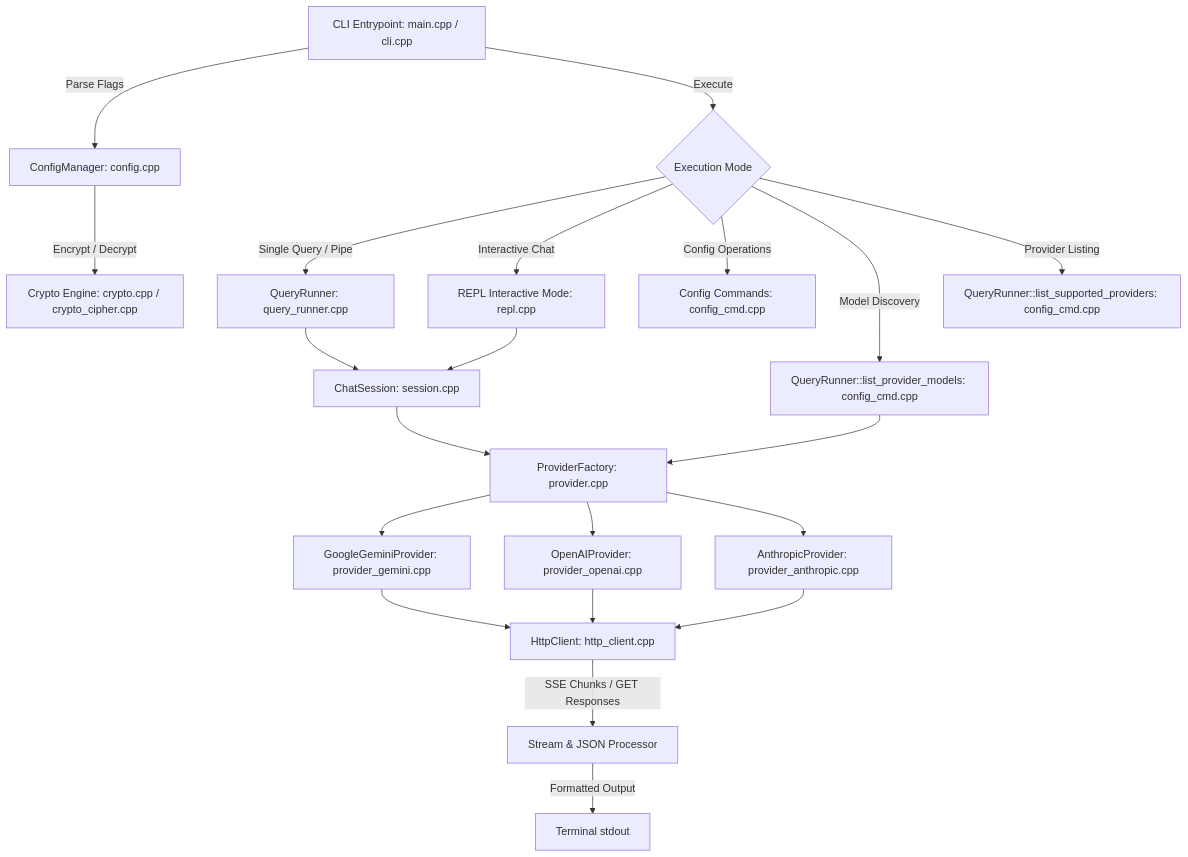
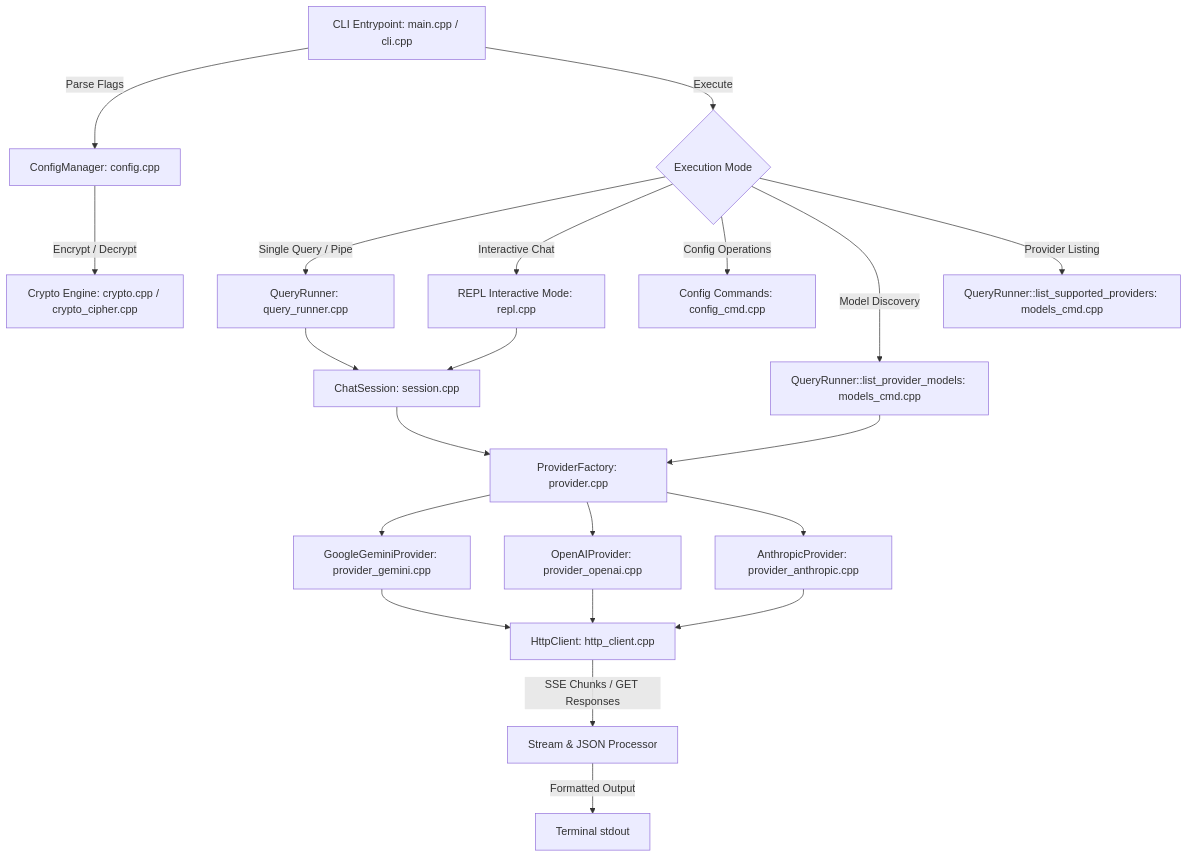
The diagram in architecture.md (Ashishsri2018/ai-cli), drawn with Mermaid before and after one commit. The commit also changed other lines of this file and 26 other files, not shown here.

````diff
--- a/architecture.md
+++ b/architecture.md
@@ -8,30 +8,30 @@
 ```mermaid
 graph TD
     CLI[CLI Entrypoint: main.cpp / cli.cpp] --> |Parse Flags| CFG[ConfigManager: config.cpp]
     CLI --> |Execute| ROUTE{Execution Mode}
     
     ROUTE --> |Single Query / Pipe| EXEC_SINGLE[QueryRunner: query_runner.cpp]
     ROUTE --> |Interactive Chat| EXEC_REPL[REPL Interactive Mode: repl.cpp]
     ROUTE --> |Config Operations| EXEC_CFG[Config Commands: config_cmd.cpp]
-    ROUTE --> |Model Discovery| EXEC_MODELS[QueryRunner::list_provider_models: config_cmd.cpp]
-    ROUTE --> |Provider Listing| EXEC_PROVS[QueryRunner::list_supported_providers: config_cmd.cpp]
+    ROUTE --> |Model Discovery| EXEC_MODELS[QueryRunner::list_provider_models: models_cmd.cpp]
+    ROUTE --> |Provider Listing| EXEC_PROVS[QueryRunner::list_supported_providers: models_cmd.cpp]
     
     CFG --> |Encrypt / Decrypt| CRYPTO[Crypto Engine: crypto.cpp / crypto_cipher.cpp]
     
     EXEC_SINGLE --> SESS[ChatSession: session.cpp]
     EXEC_REPL --> SESS
     
     SESS --> FACTORY[ProviderFactory: provider.cpp]
     EXEC_MODELS --> FACTORY
     
     FACTORY --> P_GEMINI[GoogleGeminiProvider: provider_gemini.cpp]
     FACTORY --> P_OPENAI[OpenAIProvider: provider_openai.cpp]
     FACTORY --> P_ANTHROPIC[AnthropicProvider: provider_anthropic.cpp]
     
     P_GEMINI --> HTTP[HttpClient: http_client.cpp]
     P_OPENAI --> HTTP
     P_ANTHROPIC --> HTTP
     
     HTTP --> |SSE Chunks / GET Responses| STREAM[Stream & JSON Processor]
     STREAM --> |Formatted Output| TTY[Terminal stdout]
 ```
````
